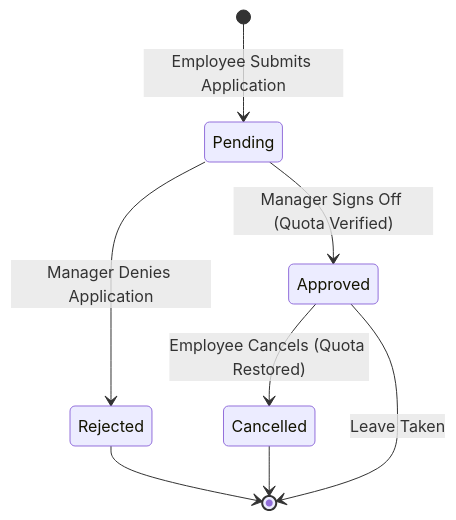
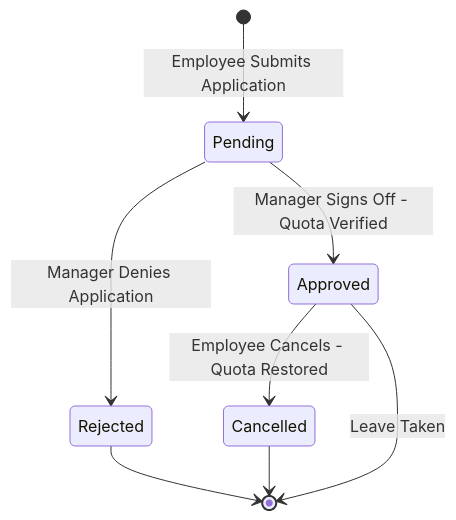
The diagram in docs/database/business-rules.md (arif-z04/PayPulse), drawn with Mermaid before and after one commit. The commit also changed 6 other files, not shown here.

Commit message:
fix(docs): resolve Mermaid syntax errors and quote edge/node labels for GitHub renderer

````diff
--- a/docs/database/business-rules.md
+++ b/docs/database/business-rules.md
@@ -62,10 +62,10 @@
 ```mermaid
 stateDiagram-v2
     [*] --> Pending : Employee Submits Application
-    Pending --> Approved : Manager Signs Off (Quota Verified)
+    Pending --> Approved : Manager Signs Off - Quota Verified
     Pending --> Rejected : Manager Denies Application
-    Approved --> Cancelled : Employee Cancels (Quota Restored)
+    Approved --> Cancelled : Employee Cancels - Quota Restored
     Rejected --> [*]
     Cancelled --> [*]
     Approved --> [*] : Leave Taken
 ```
````
